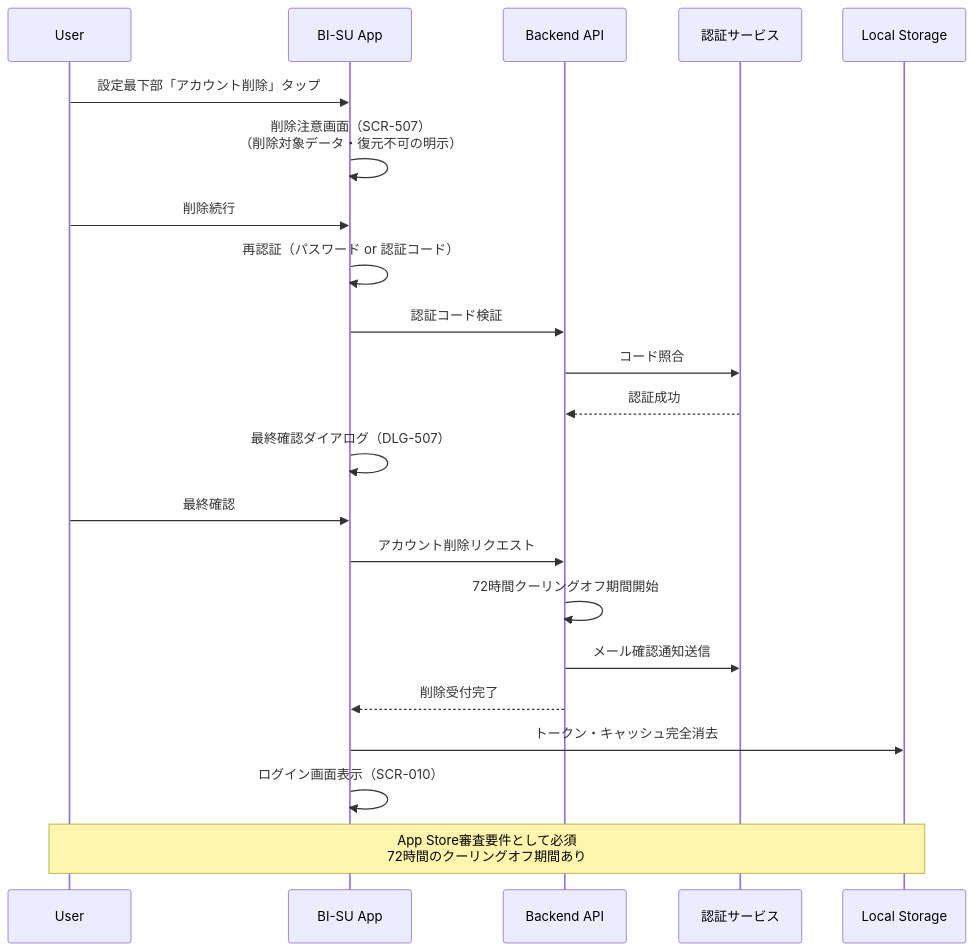
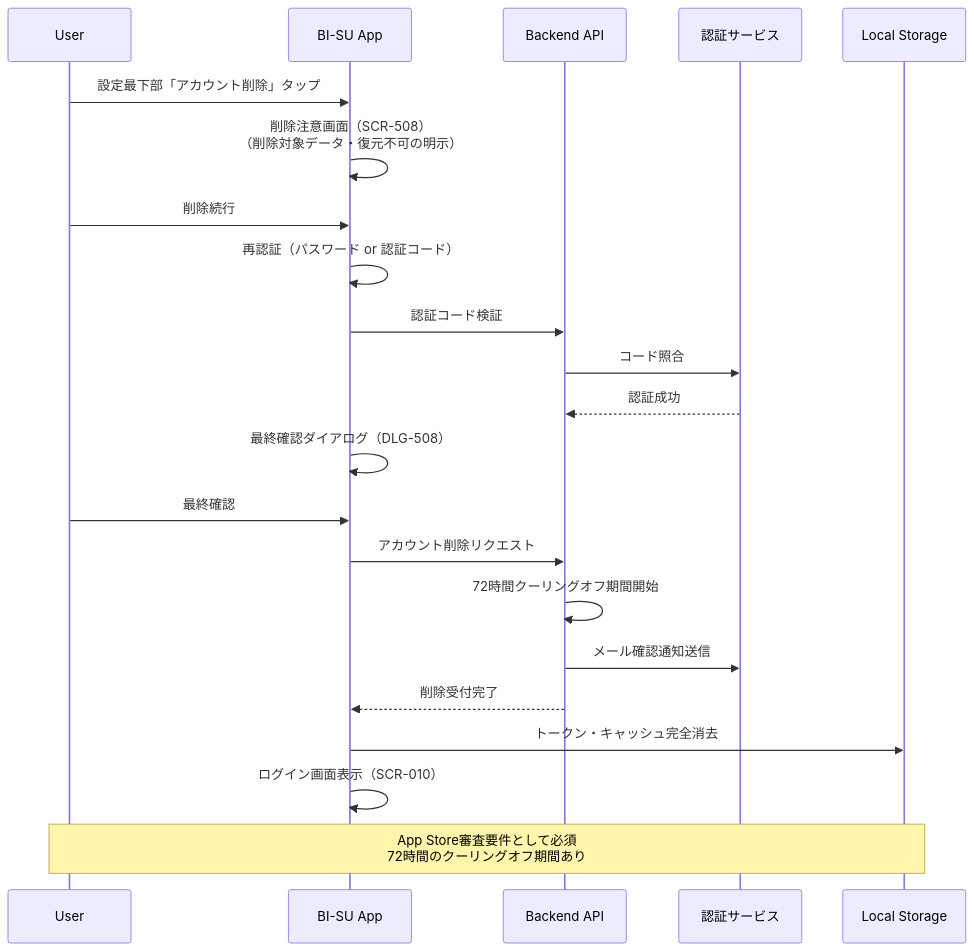
Before and after one commit to YukaHasebe/bi-su-app: diagram 15 of 24 in docs/05_シーケンス図.md, drawn with Mermaid. The commit also changed other lines of this file and 6 other files, not shown here.

````diff
--- a/docs/05_シーケンス図.md
+++ b/docs/05_シーケンス図.md
@@ -461,26 +461,26 @@
 ```mermaid
 sequenceDiagram
     participant U as User
     participant App as BI-SU App
     participant API as Backend API
     participant Auth as 認証サービス
     participant LS as Local Storage
 
     U->>App: 設定最下部「アカウント削除」タップ
-    App->>App: 削除注意画面（SCR-507）<br/>（削除対象データ・復元不可の明示）
+    App->>App: 削除注意画面（SCR-508）<br/>（削除対象データ・復元不可の明示）
     U->>App: 削除続行
     App->>App: 再認証（パスワード or 認証コード）
     App->>API: 認証コード検証
     API->>Auth: コード照合
     Auth-->>API: 認証成功
-    App->>App: 最終確認ダイアログ（DLG-507）
+    App->>App: 最終確認ダイアログ（DLG-508）
     U->>App: 最終確認
     App->>API: アカウント削除リクエスト
     API->>API: 72時間クーリングオフ期間開始
     API->>Auth: メール確認通知送信
     API-->>App: 削除受付完了
     App->>LS: トークン・キャッシュ完全消去
     App->>App: ログイン画面表示（SCR-010）
 
     Note over U,LS: App Store審査要件として必須<br/>72時間のクーリングオフ期間あり
 ```
````
